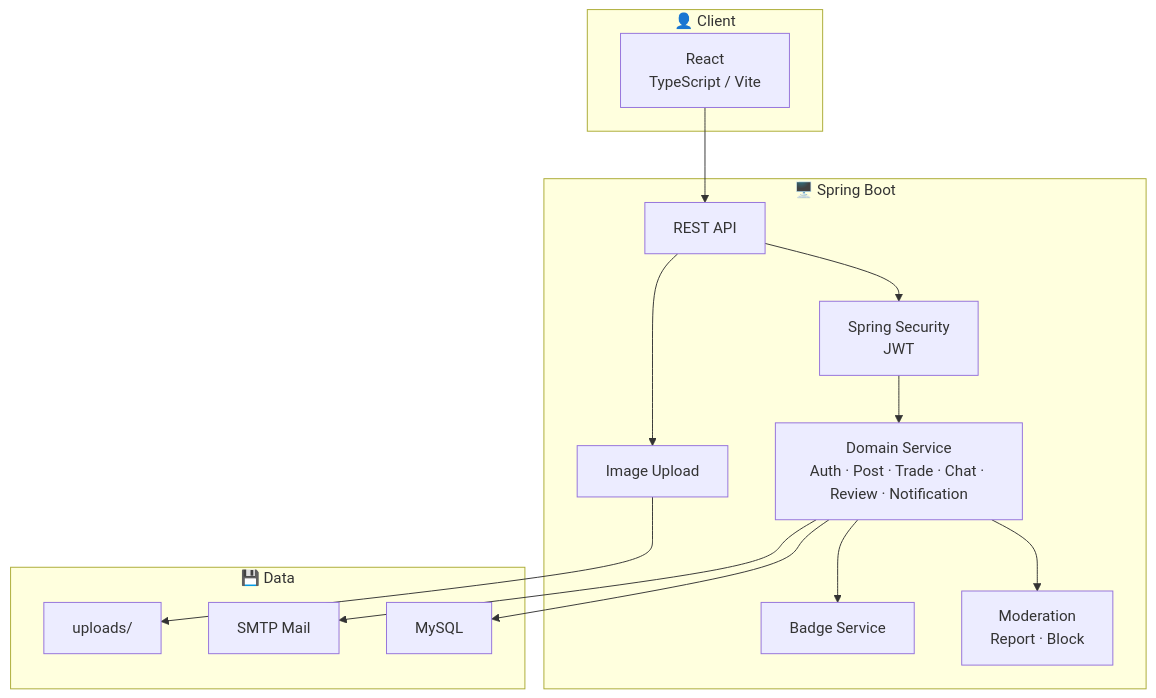
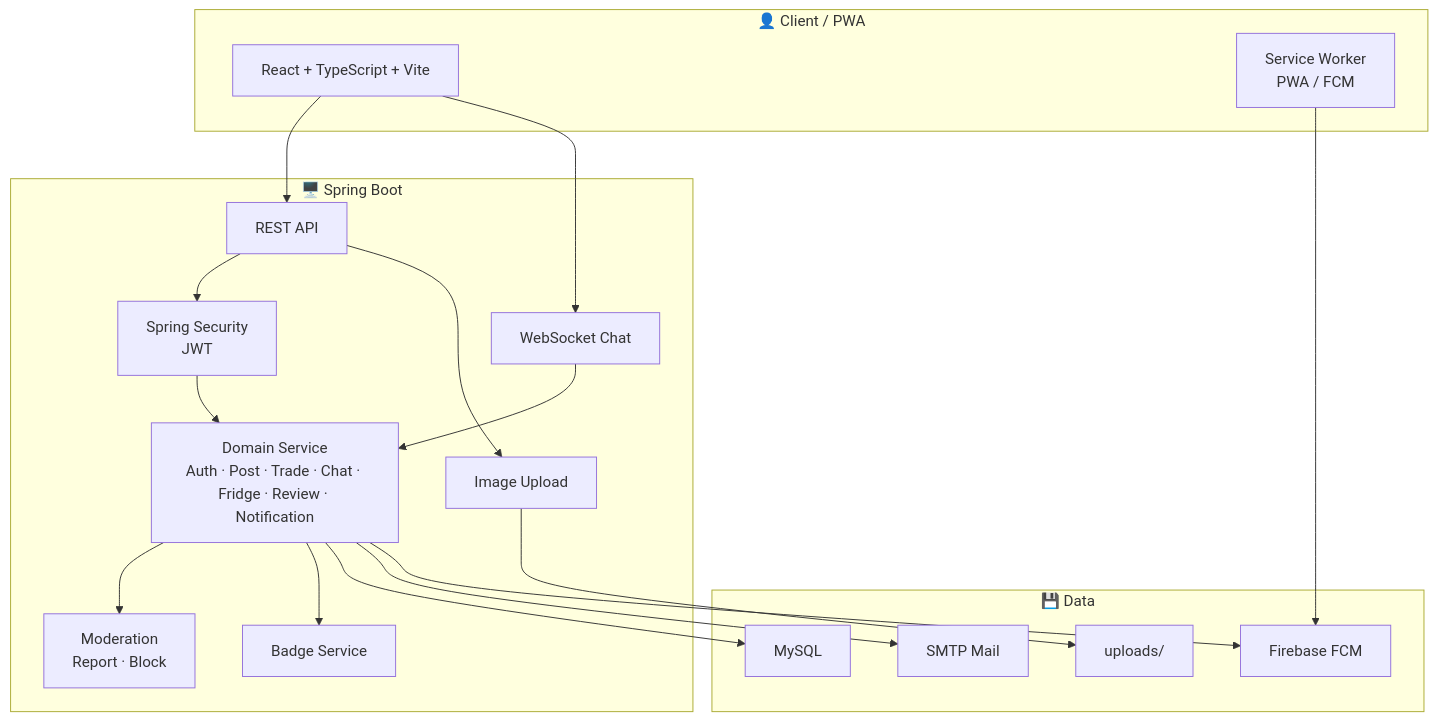
The second of 2 diagrams in README.md (hjs7115/foodshare), drawn with Mermaid before and after one commit. The commit also changed other lines of this file and 2 other files, not shown here.

Commit message:
docs: refresh project structure and diagrams

````diff
--- a/README.md
+++ b/README.md
@@ -96,31 +98,38 @@
 ```mermaid
 graph TB
-    subgraph Client["👤 Client"]
-        Web["React<br/>TypeScript / Vite"]
+    subgraph Client["👤 Client / PWA"]
+        Web["React + TypeScript + Vite"]
+        SW["Service Worker<br/>PWA / FCM"]
     end
 
     subgraph Server["🖥️ Spring Boot"]
         API["REST API"]
+        WS["WebSocket Chat"]
         Security["Spring Security<br/>JWT"]
-        Domain["Domain Service<br/>Auth · Post · Trade · Chat · Review · Notification"]
+        Domain["Domain Service<br/>Auth · Post · Trade · Chat · Fridge · Review · Notification"]
         Moderation["Moderation<br/>Report · Block"]
         Badge["Badge Service"]
         Upload["Image Upload"]
     end
 
     subgraph Data["💾 Data"]
         MySQL["MySQL"]
         Files["uploads/"]
         Mail["SMTP Mail"]
+        FCM["Firebase FCM"]
     end
 
     Web --> API
+    Web --> WS
+    SW --> FCM
     API --> Security
     Security --> Domain
+    WS --> Domain
     Domain --> Moderation
     Domain --> Badge
     Domain --> MySQL
     Domain --> Mail
+    Domain --> FCM
     API --> Upload
     Upload --> Files
 ```
````
